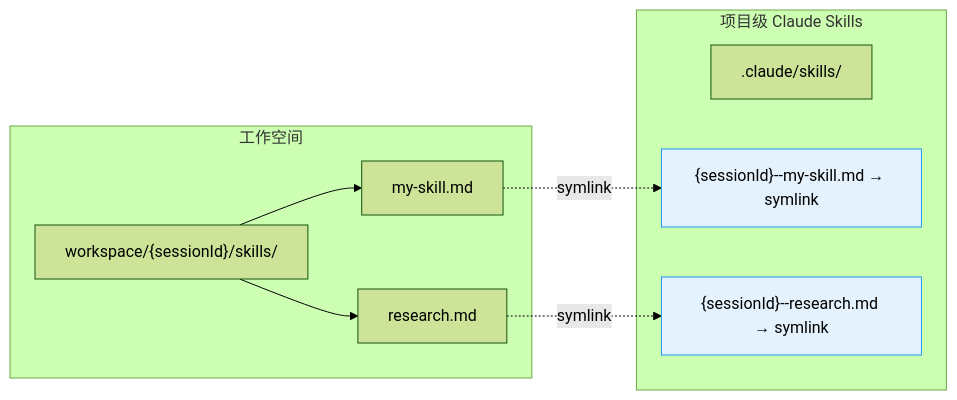
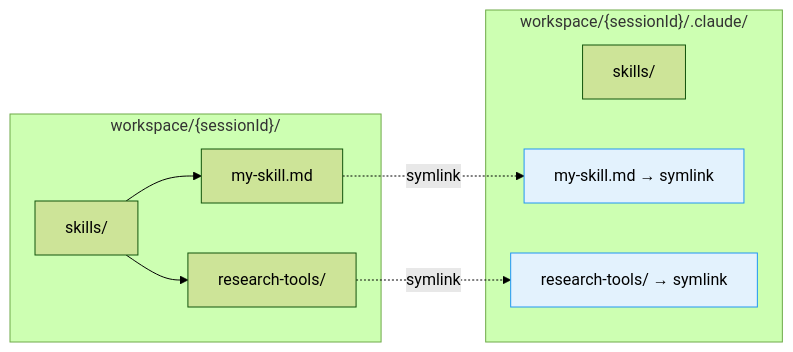
One commit to glide-the/dream-im-platform changed the second of 3 diagrams in docs/solution/workspace-skills-flow.md. Above: the diagram before and after it, drawn with Mermaid (forest theme). The commit also changed other lines of this file and 3 other files, not shown here.

Commit message:
feat: enhance skills synchronization flow to support folder symlinks and improve documentation

````diff
--- a/docs/solution/workspace-skills-flow.md
+++ b/docs/solution/workspace-skills-flow.md
@@ -59,22 +59,22 @@
 ```mermaid
 flowchart LR
-    subgraph 工作空间
-        WS["workspace/{sessionId}/skills/"]
+    subgraph "workspace/{sessionId}/"
+        WS["skills/"]
         S1["my-skill.md"]
-        S2["research.md"]
+        S2["research-tools/"]
     end
 
-    subgraph 项目级 Claude Skills
-        PS[".claude/skills/"]
-        L1["{sessionId}--my-skill.md → symlink"]
-        L2["{sessionId}--research.md → symlink"]
+    subgraph "workspace/{sessionId}/.claude/"
+        PS["skills/"]
+        L1["my-skill.md → symlink"]
+        L2["research-tools/ → symlink"]
     end
 
     WS --> S1
     WS --> S2
     S1 -.->|symlink| L1
     S2 -.->|symlink| L2
 
     style L1 fill:#e3f2fd,stroke:#2196f3
     style L2 fill:#e3f2fd,stroke:#2196f3
 ```
````
